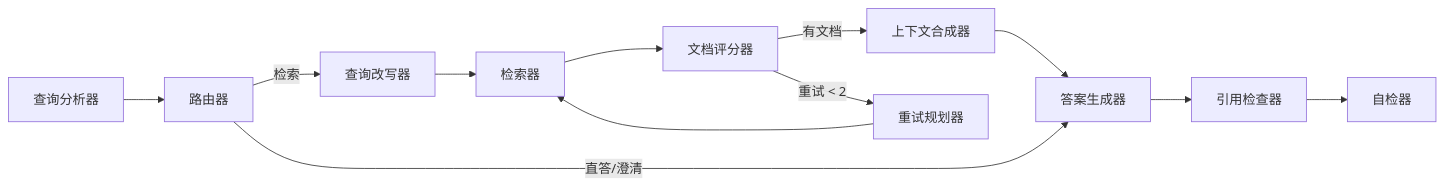
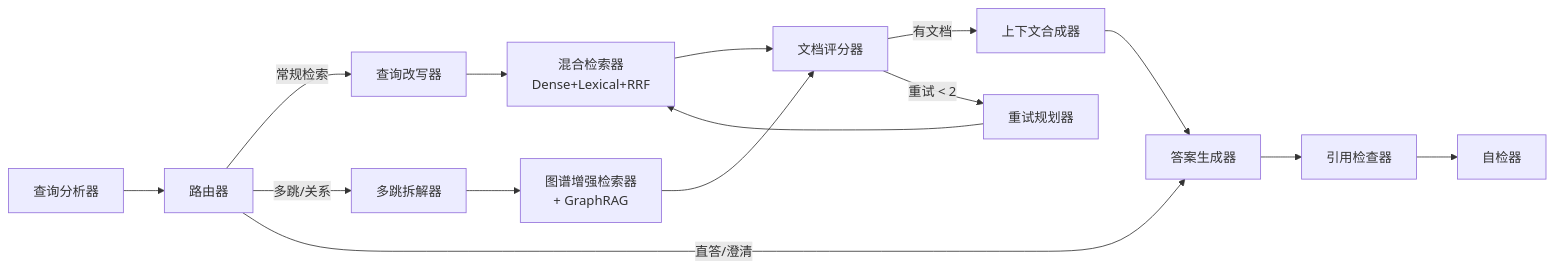
One commit to Sggggt/DialoGraph changed the sixth of 6 diagrams in README.md. Above: the diagram before and after it, drawn with Mermaid. The commit also changed other lines of this file and 32 other files, not shown here.

Commit message:
feat: 恢复了某些事务的ACID特性，增加GraphRAG架构，支持图增强检索

````diff
--- a/README.md
+++ b/README.md
@@ -427,14 +461,17 @@
 ```mermaid
 graph LR
     A[查询分析器] --> B[路由器]
-    B -->|检索| C[查询改写器]
+    B -->|常规检索| C[查询改写器]
+    B -->|多跳/关系| C2[多跳拆解器]
     B -->|直答/澄清| G[答案生成器]
-    C --> D[检索器]
+    C --> D[混合检索器<br/>Dense+Lexical+RRF]
+    C2 --> D2[图谱增强检索器<br/>+ GraphRAG]
     D --> E[文档评分器]
+    D2 --> E
     E -->|有文档| F[上下文合成器]
     E -->|重试 < 2| R[重试规划器]
     R --> D
     F --> G
     G --> H[引用检查器]
     H --> I[自检器]
 ```
````
